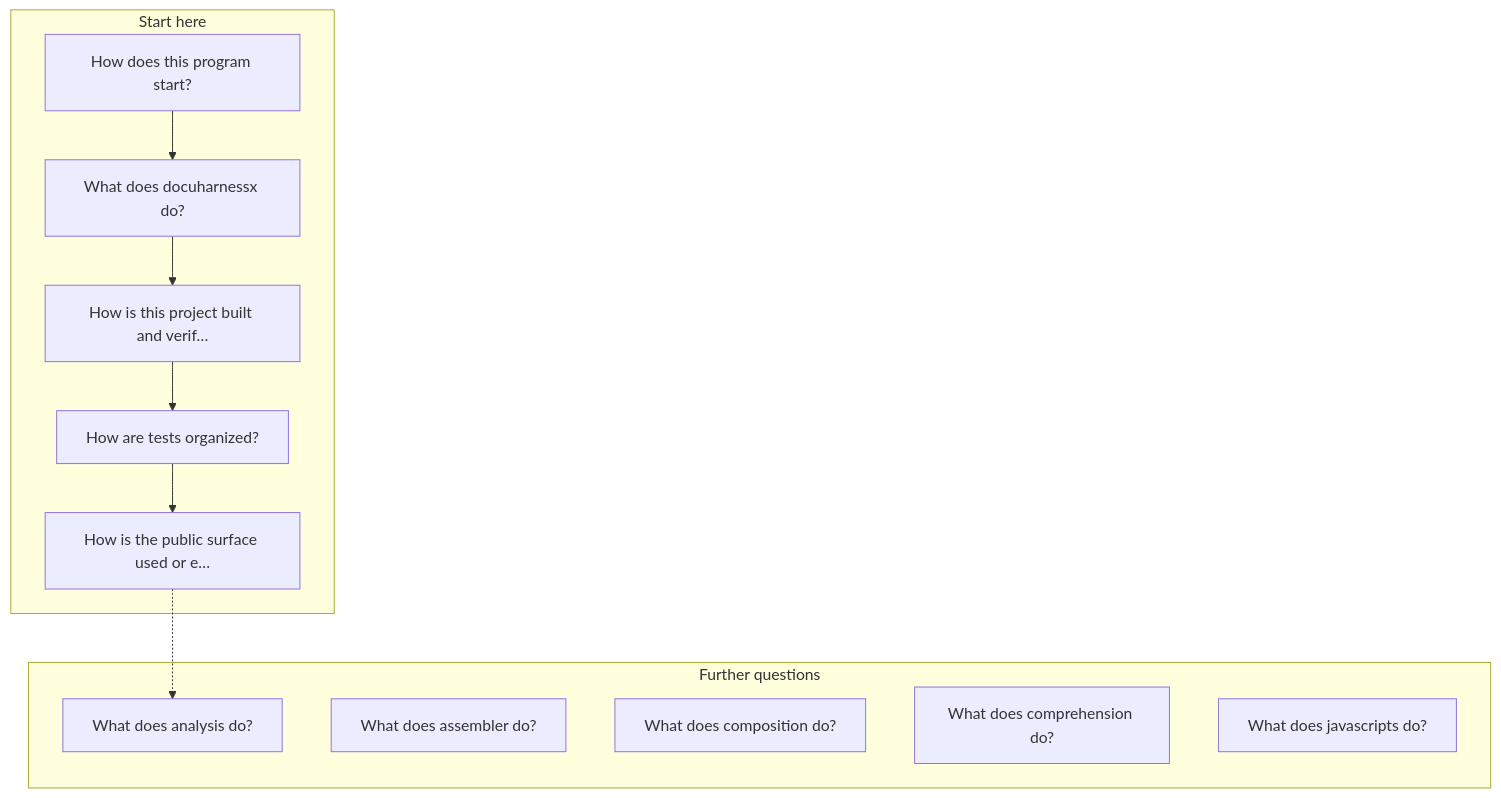
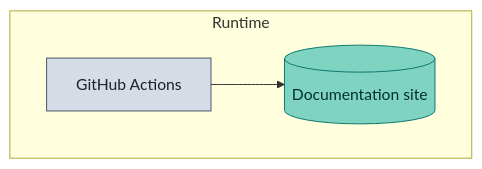
Before and after one commit to norandom/DocuHarnessX: the sixth of 45 diagrams in docs/diagrams.md, drawn with Mermaid. The commit also changed other lines of this file and 31 other files, not shown here.

First line of the commit message:
feat(architect-narrative): architecture model and overview views

````diff
--- a/docs/diagrams.md
+++ b/docs/diagrams.md
@@ -183,27 +226,15 @@
 ```mermaid
 flowchart TB
-  subgraph start["Start here"]
-    s0["How does this program start?"]
-    s1["What does docuharnessx do?"]
-    s2["How is this project built and verif…"]
-    s3["How are tests organized?"]
-    s4["How is the public surface used or e…"]
+  subgraph run["Runtime"]
+    ci["GitHub Actions"]
+    site[("Documentation site")]
   end
-  s0 --> s1
-  s1 --> s2
-  s2 --> s3
-  s3 --> s4
-  subgraph more["Further questions"]
-    m0["What does analysis do?"]
-    m1["What does assembler do?"]
-    m2["What does composition do?"]
-    m3["What does comprehension do?"]
-    m4["What does javascripts do?"]
-  end
-  s4 -.-> m0
+  ci --> site
+  class site store
+  class ci external
   classDef person fill:#E8B923,stroke:#7A5100,color:#1A1300
   classDef system fill:#A8C8FF,stroke:#1E4BB8,color:#0B1F4A
   classDef container fill:#B9D4FE,stroke:#2F62C4,color:#0B1F4A
   classDef external fill:#D5DCE6,stroke:#4A5568,color:#1A202C
   classDef store fill:#7ED4C0,stroke:#0F766E,color:#042F2E
 ```
````
